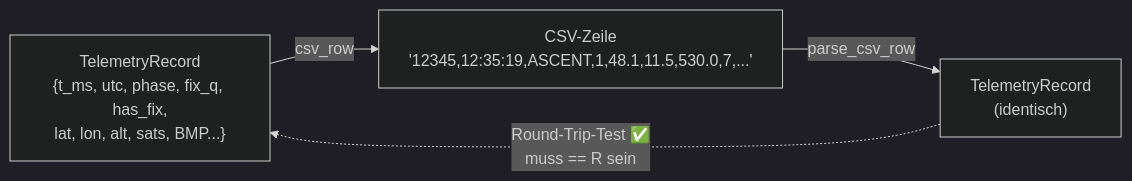
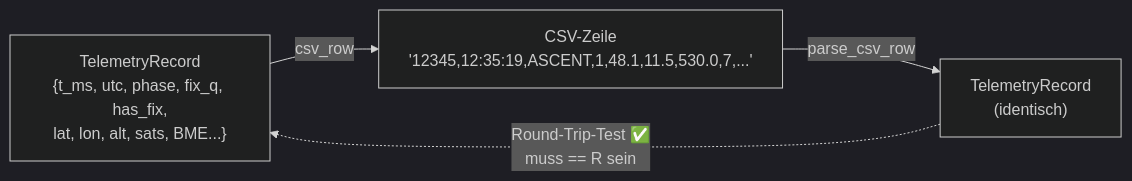
Before and after one commit to rhoentier/weather_balloon: the sixth of 6 diagrams in docs/software-flow.md, drawn with Mermaid (dark theme). The commit also changed other lines of this file and 2 other files, not shown here.

First line of the commit message:
docs: BMP280 -> BME280 durchgängig korrigieren (Pins, TODO, Software-Flow)

````diff
--- a/docs/software-flow.md
+++ b/docs/software-flow.md
@@ -259,8 +257,8 @@
 ```mermaid
 flowchart LR
-    R["TelemetryRecord<br/>{t_ms, utc, phase, fix_q, has_fix,<br/>lat, lon, alt, sats, BMP...}"]
+    R["TelemetryRecord<br/>{t_ms, utc, phase, fix_q, has_fix,<br/>lat, lon, alt, sats, BME...}"]
     R -->|csv_row| LINE["CSV-Zeile<br/>'12345,12:35:19,ASCENT,1,48.1,11.5,530.0,7,...'"]
     LINE -->|parse_csv_row| R2["TelemetryRecord<br/>(identisch)"]
 
     R2 -.->|"Round-Trip-Test ✅<br/>muss == R sein"| R
 ```
````
